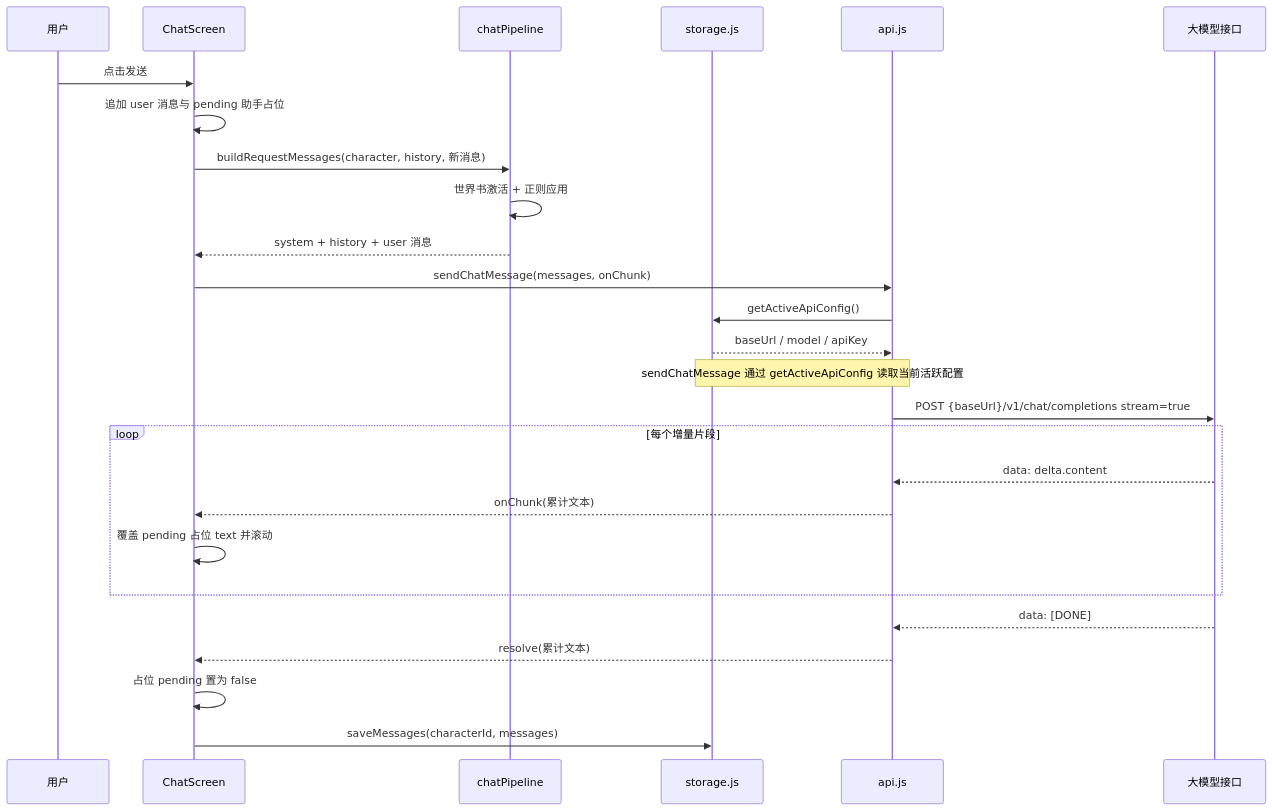
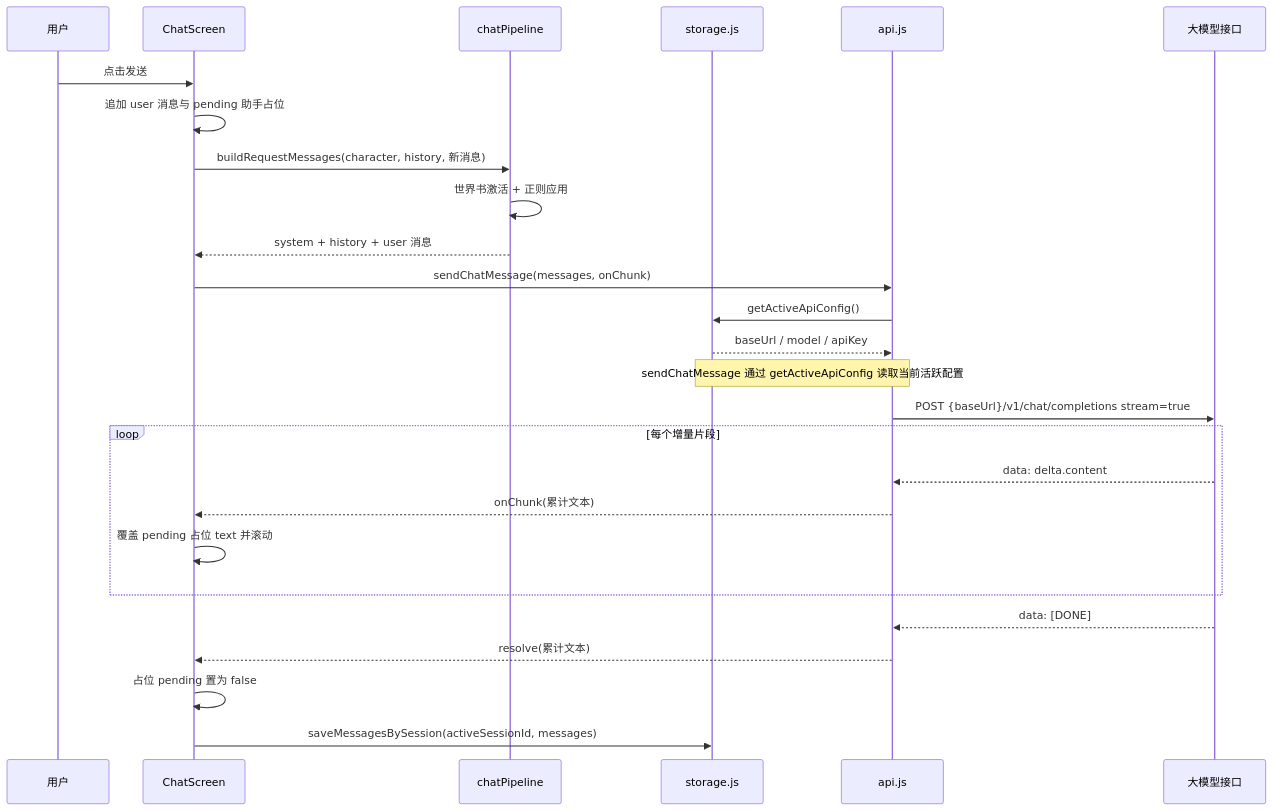
Before and after one commit to pppxxxy/easychat2: the second of 3 diagrams in .monkeycode/docs/ARCHITECTURE.md, drawn with Mermaid. The commit also changed other lines of this file and 7 other files, not shown here.

````diff
--- a/.monkeycode/docs/ARCHITECTURE.md
+++ b/.monkeycode/docs/ARCHITECTURE.md
@@ -203,29 +215,29 @@
 ```mermaid
 sequenceDiagram
     participant U as 用户
     participant C as ChatScreen
     participant P as chatPipeline
     participant S as storage.js
     participant A as api.js
     participant L as 大模型接口
 
     U->>C: 点击发送
     C->>C: 追加 user 消息与 pending 助手占位
     C->>P: buildRequestMessages(character, history, 新消息)
     P->>P: 世界书激活 + 正则应用
     P-->>C: system + history + user 消息
     C->>A: sendChatMessage(messages, onChunk)
     A->>S: getActiveApiConfig()
     S-->>A: baseUrl / model / apiKey
     note over A,S: sendChatMessage 通过 getActiveApiConfig 读取当前活跃配置
     A->>L: POST {baseUrl}/v1/chat/completions stream=true
     loop 每个增量片段
         L-->>A: data: delta.content
         A-->>C: onChunk(累计文本)
         C->>C: 覆盖 pending 占位 text 并滚动
     end
     L-->>A: data: [DONE]
     A-->>C: resolve(累计文本)
     C->>C: 占位 pending 置为 false
-    C->>S: saveMessages(characterId, messages)
+    C->>S: saveMessagesBySession(activeSessionId, messages)
 ```
````
